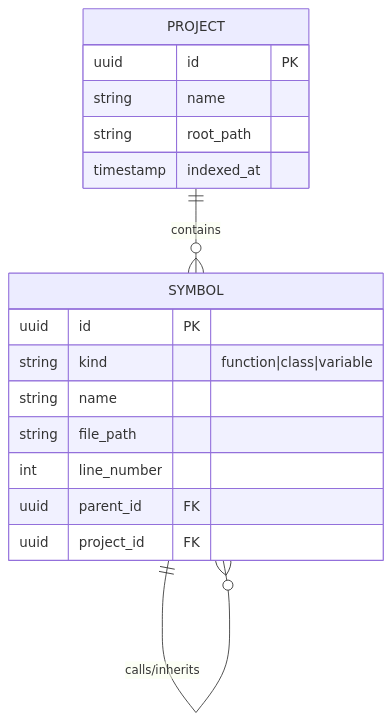
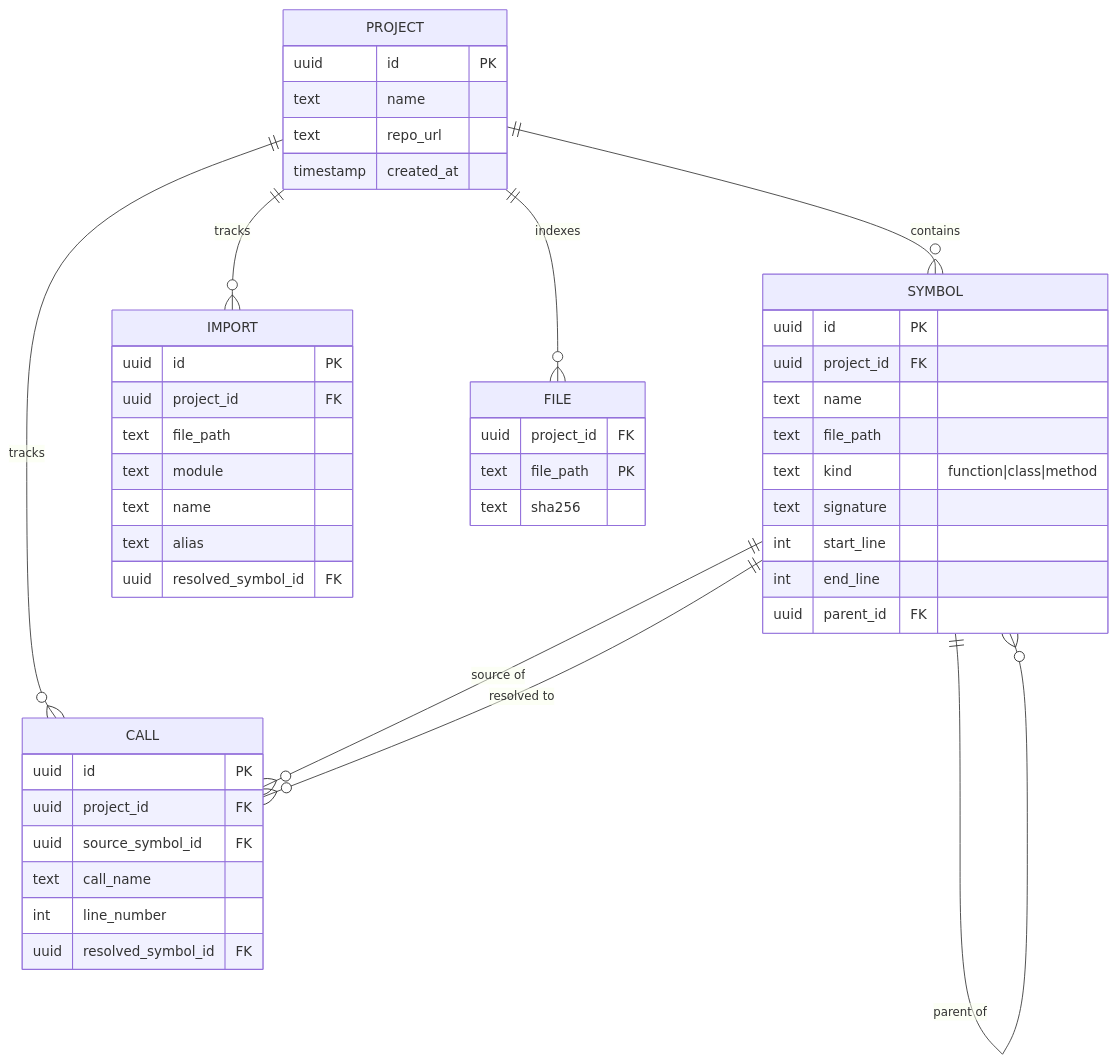
Before and after one commit to RajX-dev/CODESEER-MAIN: the third of 4 diagrams in README.md, drawn with Mermaid. The commit also changed other lines of this file and 25 other files, not shown here.

````diff
--- a/README.md
+++ b/README.md
@@ -145,20 +178,50 @@
 ```mermaid
 erDiagram
     PROJECT ||--o{ SYMBOL : contains
-    SYMBOL ||--o{ SYMBOL : "calls/inherits"
+    PROJECT ||--o{ CALL : tracks
+    PROJECT ||--o{ IMPORT : tracks
+    PROJECT ||--o{ FILE : indexes
+    SYMBOL ||--o{ CALL : "source of"
+    SYMBOL ||--o{ CALL : "resolved to"
+    SYMBOL ||--o{ SYMBOL : "parent of"
+
+    PROJECT {
+        uuid id PK
+        text name
+        text repo_url
+        timestamp created_at
+    }
     SYMBOL {
         uuid id PK
-        string kind "function|class|variable"
-        string name
-        string file_path
+        uuid project_id FK
+        text name
+        text file_path
+        text kind "function|class|method"
+        text signature
+        int start_line
+        int end_line
+        uuid parent_id FK
+    }
+    CALL {
+        uuid id PK
+        uuid project_id FK
+        uuid source_symbol_id FK
+        text call_name
         int line_number
-        uuid parent_id FK
+        uuid resolved_symbol_id FK
+    }
+    IMPORT {
+        uuid id PK
         uuid project_id FK
+        text file_path
+        text module
+        text name
+        text alias
+        uuid resolved_symbol_id FK
     }
-    PROJECT {
-        uuid id PK
-        string name
-        string root_path
-        timestamp indexed_at
+    FILE {
+        uuid project_id FK
+        text file_path PK
+        text sha256
     }
 ```
````
